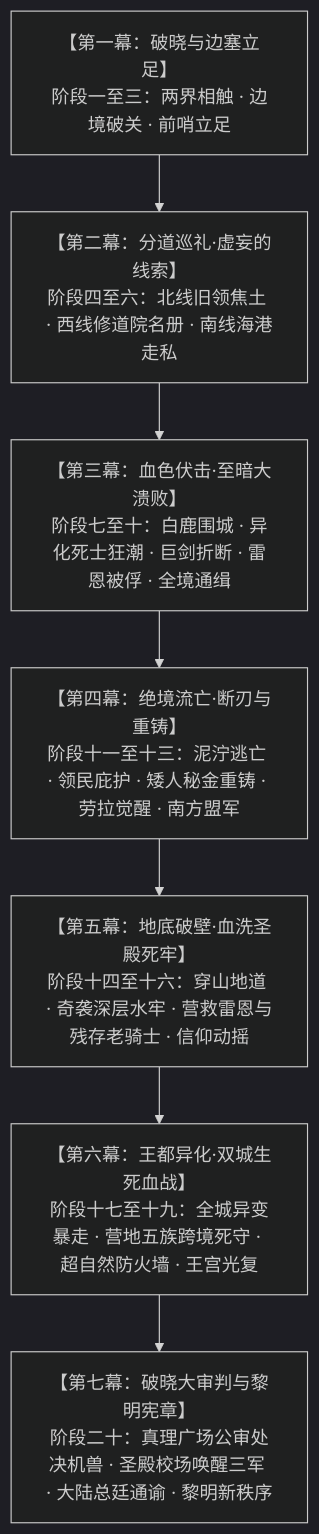
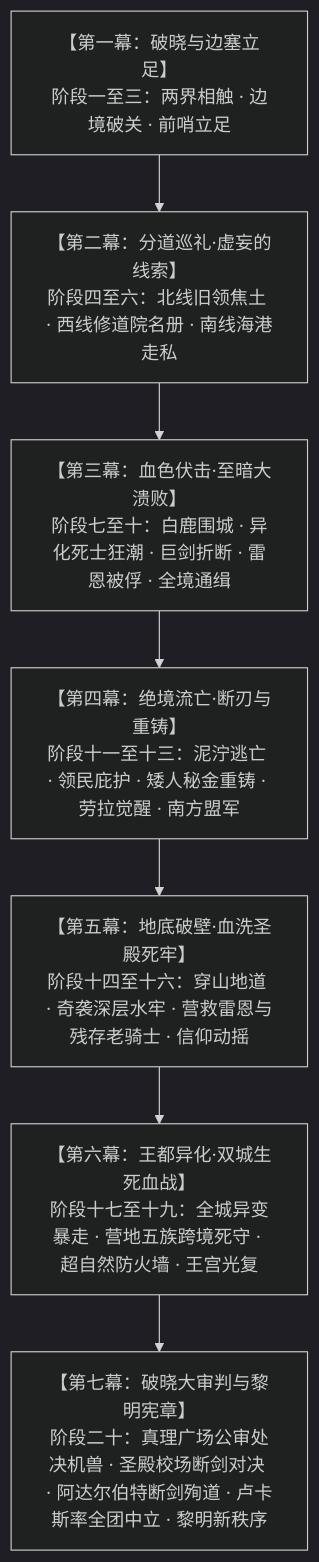
Before and after one commit to soranokiseki1437/eldoria-worldbook: the diagram in 方案/第二部/写作指导/第二部章节规划与扩写方案.md, drawn with Mermaid (dark theme). The commit also changed other lines of this file and 28 other files, not shown here.

````diff
--- a/方案/第二部/写作指导/第二部章节规划与扩写方案.md
+++ b/方案/第二部/写作指导/第二部章节规划与扩写方案.md
@@ -16,12 +16,12 @@
 ```mermaid
 graph TD
     M1["【第一幕：破晓与边塞立足】<br/>阶段一至三：两界相触 · 边境破关 · 前哨立足"]
     M2["【第二幕：分道巡礼·虚妄的线索】<br/>阶段四至六：北线旧领焦土 · 西线修道院名册 · 南线海港走私"]
     M3["【第三幕：血色伏击·至暗大溃败】<br/>阶段七至十：白鹿围城 · 异化死士狂潮 · 巨剑折断 · 雷恩被俘 · 全境通缉"]
     M4["【第四幕：绝境流亡·断刃与重铸】<br/>阶段十一至十三：泥泞逃亡 · 领民庇护 · 矮人秘金重铸 · 劳拉觉醒 · 南方盟军"]
     M5["【第五幕：地底破壁·血洗圣殿死牢】<br/>阶段十四至十六：穿山地道 · 奇袭深层水牢 · 营救雷恩与残存老骑士 · 信仰动摇"]
     M6["【第六幕：王都异化·双城生死血战】<br/>阶段十七至十九：全城异变暴走 · 营地五族跨境死守 · 超自然防火墙 · 王宫光复"]
-    M7["【第七幕：破晓大审判与黎明宪章】<br/>阶段二十：真理广场公审处决机兽 · 圣殿校场唤醒三军 · 大陆总廷通谕 · 黎明新秩序"]
+    M7["【第七幕：破晓大审判与黎明宪章】<br/>阶段二十：真理广场公审处决机兽 · 圣殿校场断剑对决 · 阿达尔伯特断剑殉道 · 卢卡斯率全团中立 · 黎明新秩序"]
 
     M1 --> M2 --> M3 --> M4 --> M5 --> M6 --> M7
 ```
````
